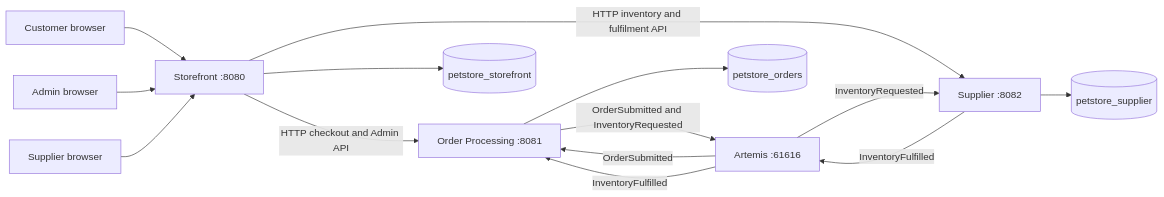
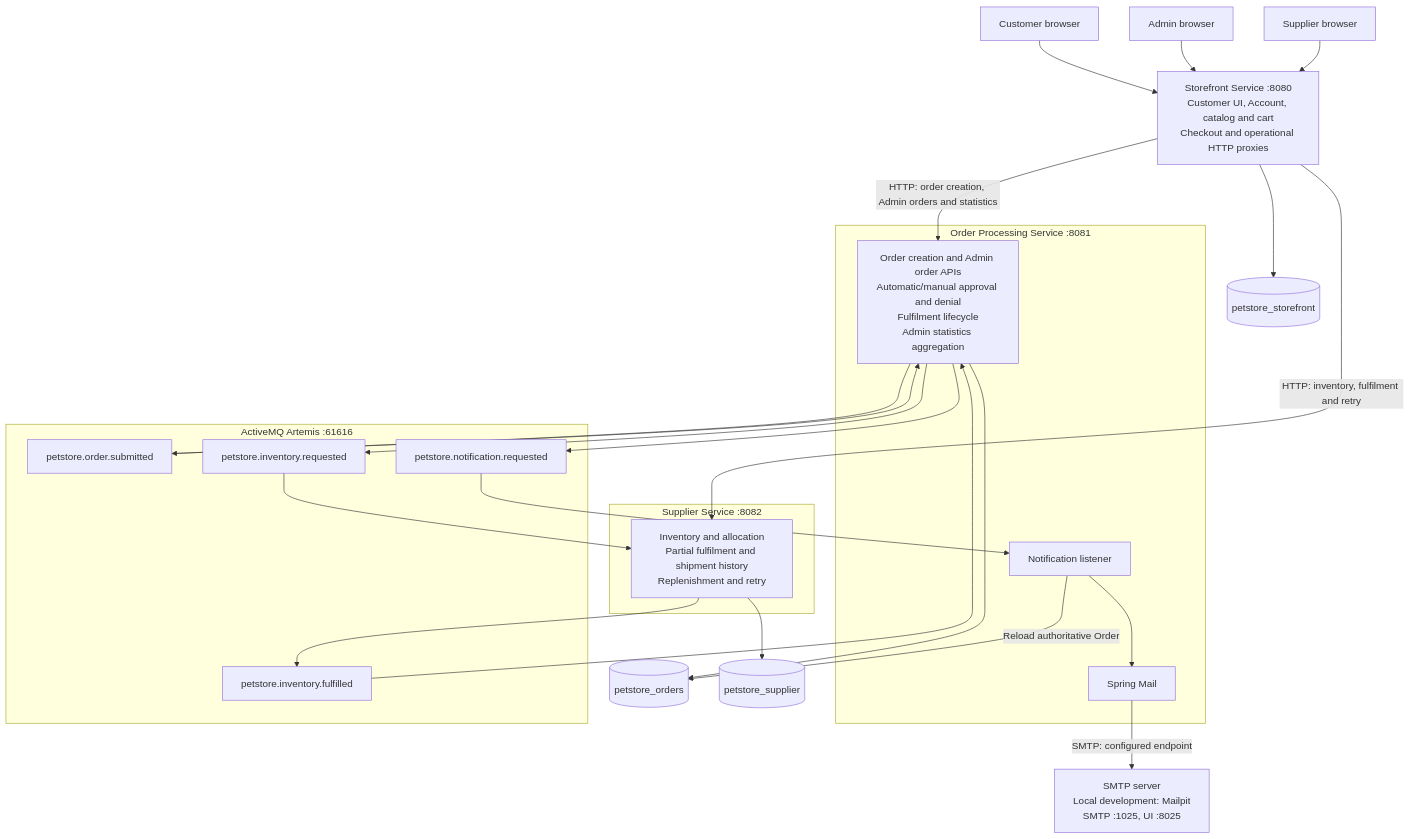
The diagram in docs/06-target-architecture.md (the-sagar/petstore-modernized), drawn with Mermaid before and after one commit. The commit also changed other lines of this file and 61 other files, not shown here.

````diff
--- a/docs/06-target-architecture.md
+++ b/docs/06-target-architecture.md
@@ -17,16 +17,40 @@
 ```mermaid
-flowchart LR
-    C[Customer browser] --> S[Storefront :8080]
-    A[Admin browser] --> S
-    U[Supplier browser] --> S
-    S -->|HTTP checkout and Admin API| O[Order Processing :8081]
-    S -->|HTTP inventory and fulfilment API| P[Supplier :8082]
-    O -->|OrderSubmitted and InventoryRequested| J[Artemis :61616]
-    J -->|OrderSubmitted| O
-    J -->|InventoryRequested| P
-    P -->|InventoryFulfilled| J
-    J -->|InventoryFulfilled| O
+flowchart TB
+    C["Customer browser"] --> S
+    A["Admin browser"] --> S
+    U["Supplier browser"] --> S
+    S["Storefront Service :8080<br/>Customer UI, Account, catalog and cart<br/>Checkout and operational HTTP proxies"]
     S --> SD[(petstore_storefront)]
+    S -->|"HTTP: order creation, Admin orders and statistics"| O
+    S -->|"HTTP: inventory, fulfilment and retry"| P
+
+    subgraph OP["Order Processing Service :8081"]
+        O["Order creation and Admin order APIs<br/>Automatic/manual approval and denial<br/>Fulfilment lifecycle<br/>Admin statistics aggregation"]
+        N["Notification listener"]
+        M["Spring Mail"]
+        N --> M
+    end
     O --> OD[(petstore_orders)]
+    N -->|"Reload authoritative Order"| OD
+
+    subgraph SUP["Supplier Service :8082"]
+        P["Inventory and allocation<br/>Partial fulfilment and shipment history<br/>Replenishment and retry"]
+    end
     P --> PD[(petstore_supplier)]
+
+    subgraph MQ["ActiveMQ Artemis :61616"]
+        QO["petstore.order.submitted"]
+        QR["petstore.inventory.requested"]
+        QF["petstore.inventory.fulfilled"]
+        QN["petstore.notification.requested"]
+    end
+    O --> QO
+    QO --> O
+    O --> QR
+    QR --> P
+    P --> QF
+    QF --> O
+    O --> QN
+    QN --> N
+    M -->|"SMTP: configured endpoint"| SMTP["SMTP server<br/>Local development: Mailpit<br/>SMTP :1025, UI :8025"]
 ```
````
